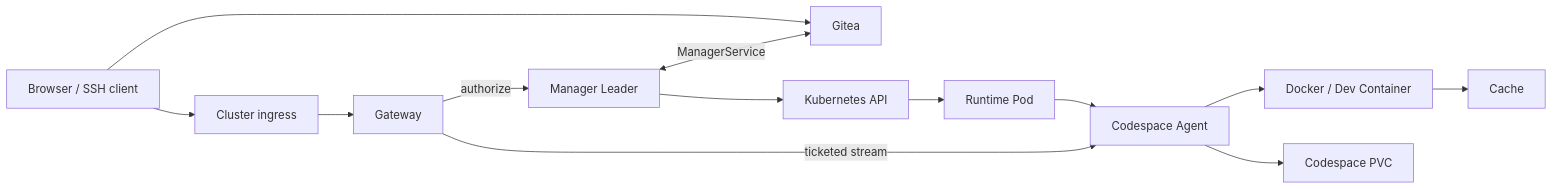
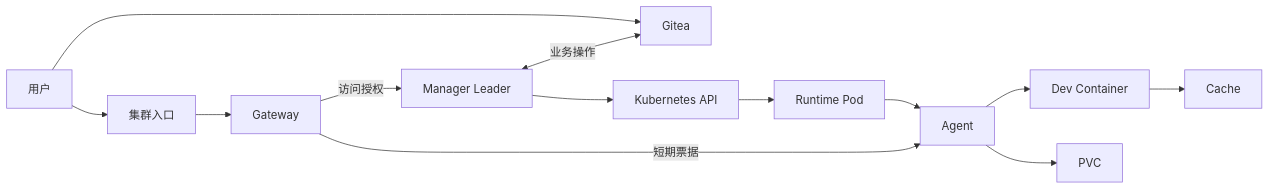
Before and after one commit to ExplodingDragon/gitea-dev: the diagram in src/README.md, drawn with Mermaid. The commit also changed other lines of this file and 9 other files, not shown here.

````diff
--- a/src/README.md
+++ b/src/README.md
@@ -29,15 +27,15 @@
 ```mermaid
 flowchart LR
-    U[Browser / SSH client] --> G[Gitea]
-    U --> I[Cluster ingress]
+    U[用户] --> G[Gitea]
+    U --> I[集群入口]
     I --> W[Gateway]
-    W -->|authorize| M[Manager Leader]
-    M <-->|ManagerService| G
+    W -->|访问授权| M[Manager Leader]
+    M <-->|业务操作| G
     M --> K[Kubernetes API]
     K --> P[Runtime Pod]
-    P --> A[Codespace Agent]
-    A --> D[Docker / Dev Container]
-    A --> V[Codespace PVC]
-    W -->|ticketed stream| A
+    P --> A[Agent]
+    A --> D[Dev Container]
+    A --> V[PVC]
+    W -->|短期票据| A
     D --> C[Cache]
 ```
````
